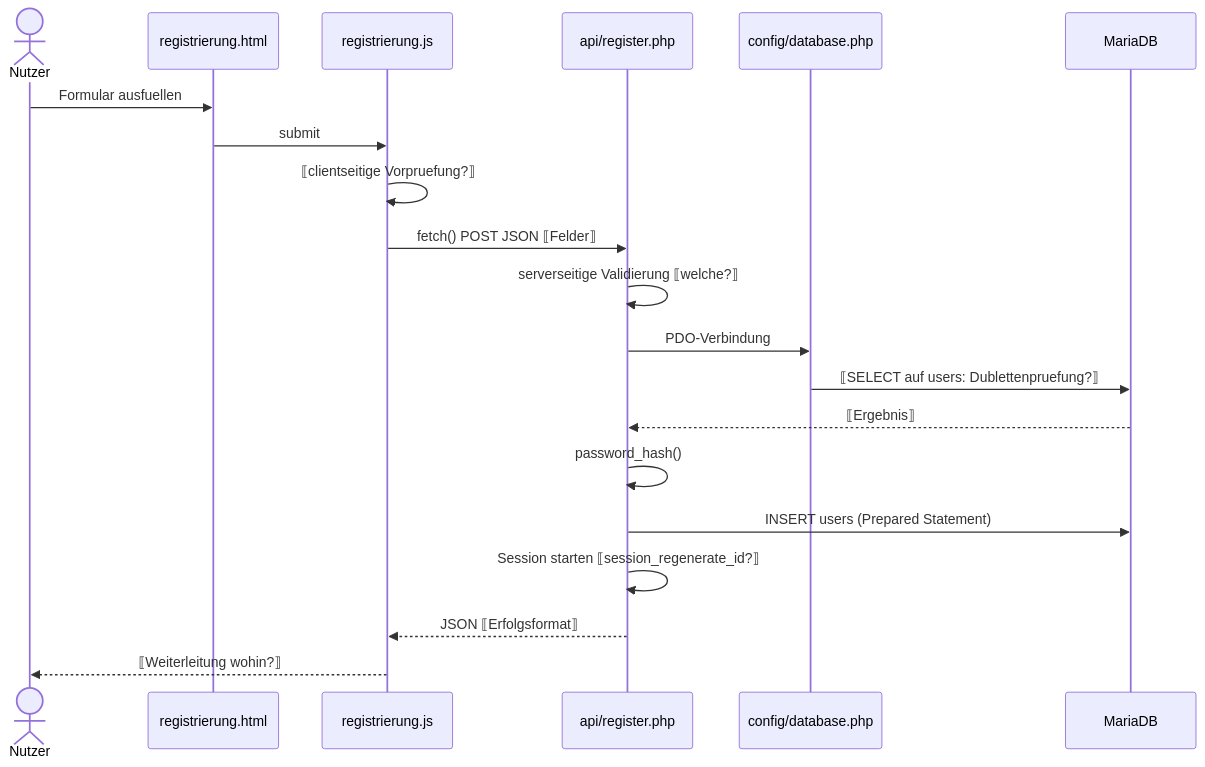
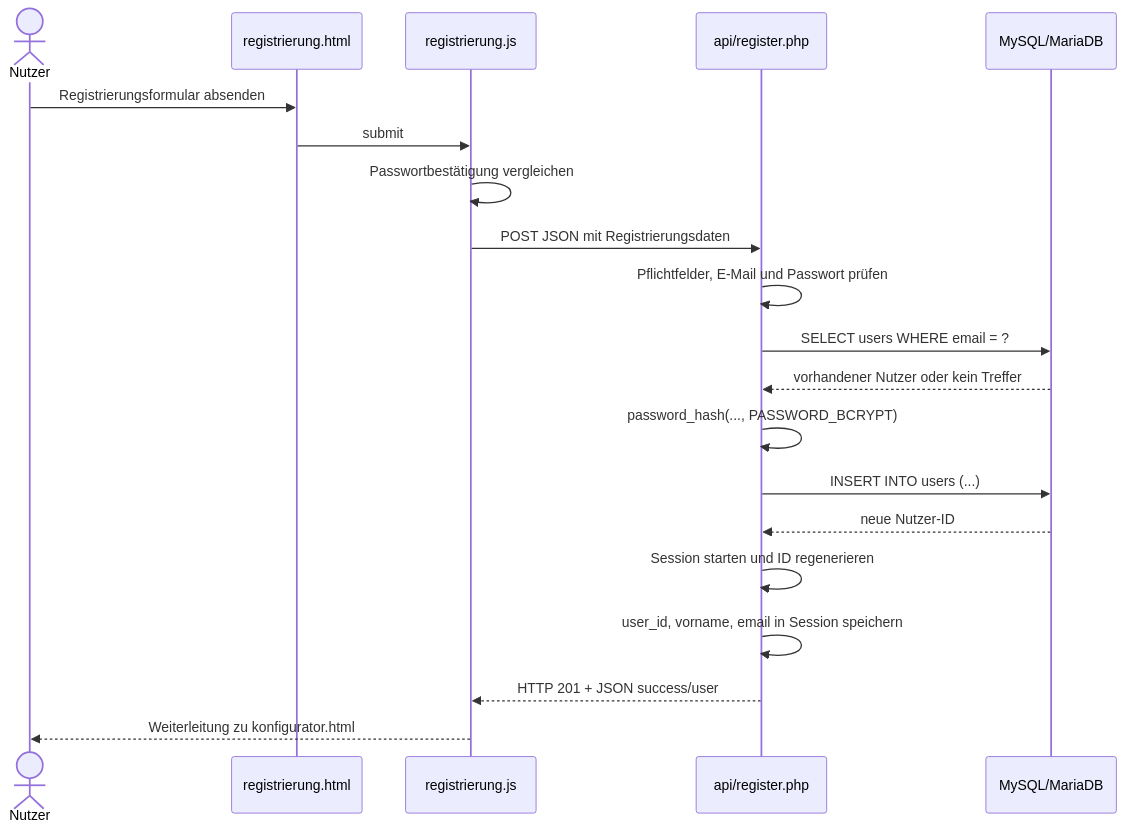
One commit to Familienmann89/Pizza-Tracker- changed the first of 9 diagrams in docs/arch/A06 - Laufzeitsicht.md. Above: the diagram before and after it, drawn with Mermaid. The commit also changed other lines of this file, not shown here.

````diff
--- a/docs/arch/A06 - Laufzeitsicht.md
+++ b/docs/arch/A06 - Laufzeitsicht.md
@@ -40,23 +27,23 @@
 ```mermaid
 sequenceDiagram
     actor N as Nutzer
     participant H as registrierung.html
     participant J as registrierung.js
     participant A as api/register.php
-    participant C as config/database.php
-    participant DB as MariaDB
+    participant DB as MySQL/MariaDB
 
-    N->>H: Formular ausfuellen
+    N->>H: Registrierungsformular absenden
     H->>J: submit
-    J->>J: ⟦clientseitige Vorpruefung?⟧
-    J->>A: fetch() POST JSON ⟦Felder⟧
-    A->>A: serverseitige Validierung ⟦welche?⟧
-    A->>C: PDO-Verbindung
-    C->>DB: ⟦SELECT auf users: Dublettenpruefung?⟧
-    DB-->>A: ⟦Ergebnis⟧
-    A->>A: password_hash()
-    A->>DB: INSERT users (Prepared Statement)
-    A->>A: Session starten ⟦session_regenerate_id?⟧
-    A-->>J: JSON ⟦Erfolgsformat⟧
-    J-->>N: ⟦Weiterleitung wohin?⟧
+    J->>J: Passwortbestätigung vergleichen
+    J->>A: POST JSON mit Registrierungsdaten
+    A->>A: Pflichtfelder, E-Mail und Passwort prüfen
+    A->>DB: SELECT users WHERE email = ?
+    DB-->>A: vorhandener Nutzer oder kein Treffer
+    A->>A: password_hash(..., PASSWORD_BCRYPT)
+    A->>DB: INSERT INTO users (...)
+    DB-->>A: neue Nutzer-ID
+    A->>A: Session starten und ID regenerieren
+    A->>A: user_id, vorname, email in Session speichern
+    A-->>J: HTTP 201 + JSON success/user
+    J-->>N: Weiterleitung zu konfigurator.html
 ```
````
